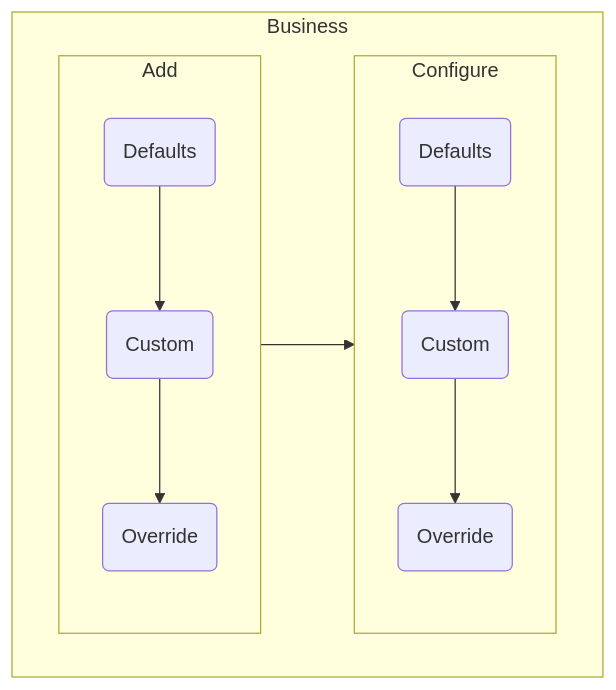
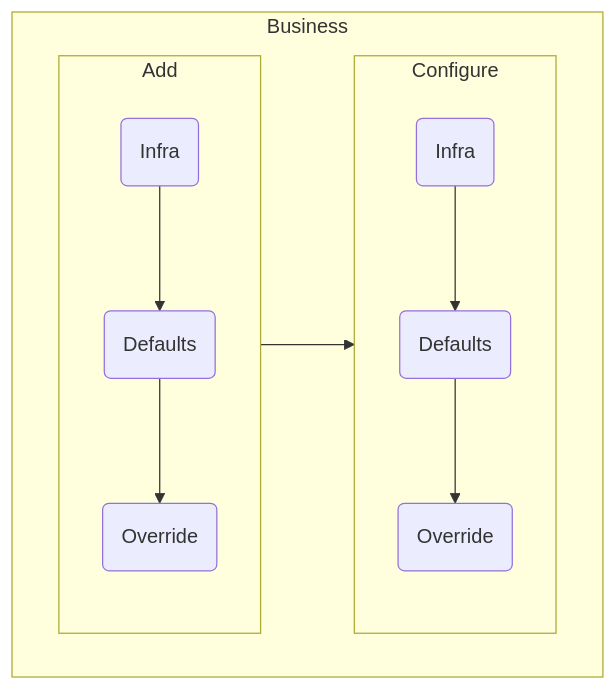
One commit to mouseless/baked changed the second of 2 diagrams in docs/recipes/data-source.md. Above: the diagram before and after it, drawn with Mermaid. The commit also changed 1 other file, not shown here.

Commit message:
update recipe convenion matrix charts

````diff
--- a/docs/recipes/data-source.md
+++ b/docs/recipes/data-source.md
@@ -109,25 +109,25 @@
 ```mermaid
 flowchart LR
 
+  BIA(Infra)
   BDA(Defaults)
-  BCA(Custom)
   BOA(Override)
 
+  BIC(Infra)
   BDC(Defaults)
-  BCC(Custom)
   BOC(Override)
 
   subgraph Business
     direction LR
     subgraph BA[Add]
       direction TD
-      BDA --> BCA --> BOA
+      BIA --> BDA --> BOA
     end
     subgraph BC[Configure]
       direction TD
-      BDC --> BCC --> BOC
+      BIC --> BDC --> BOC
     end
   end
 
   BA --> BC
 ```
````
